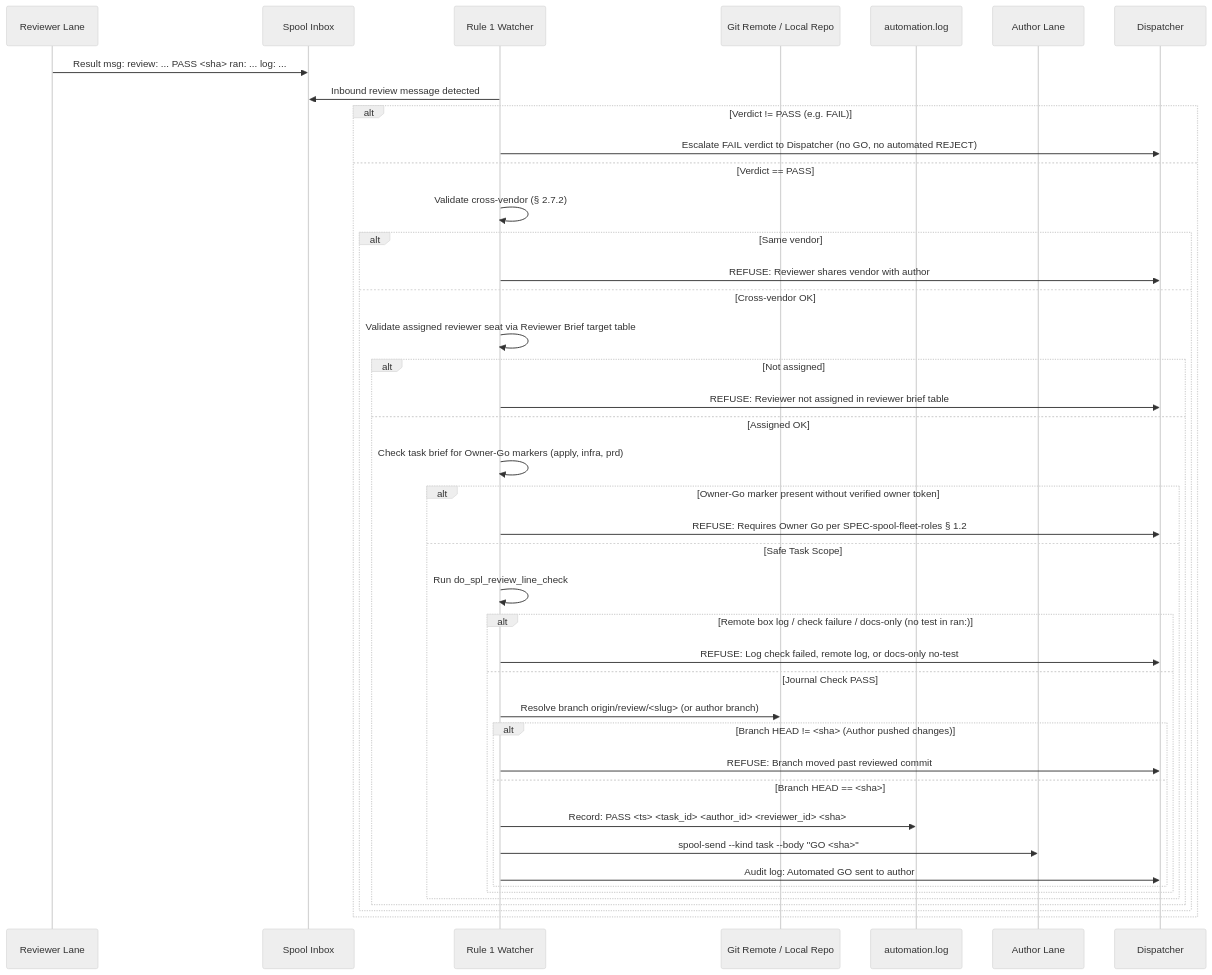
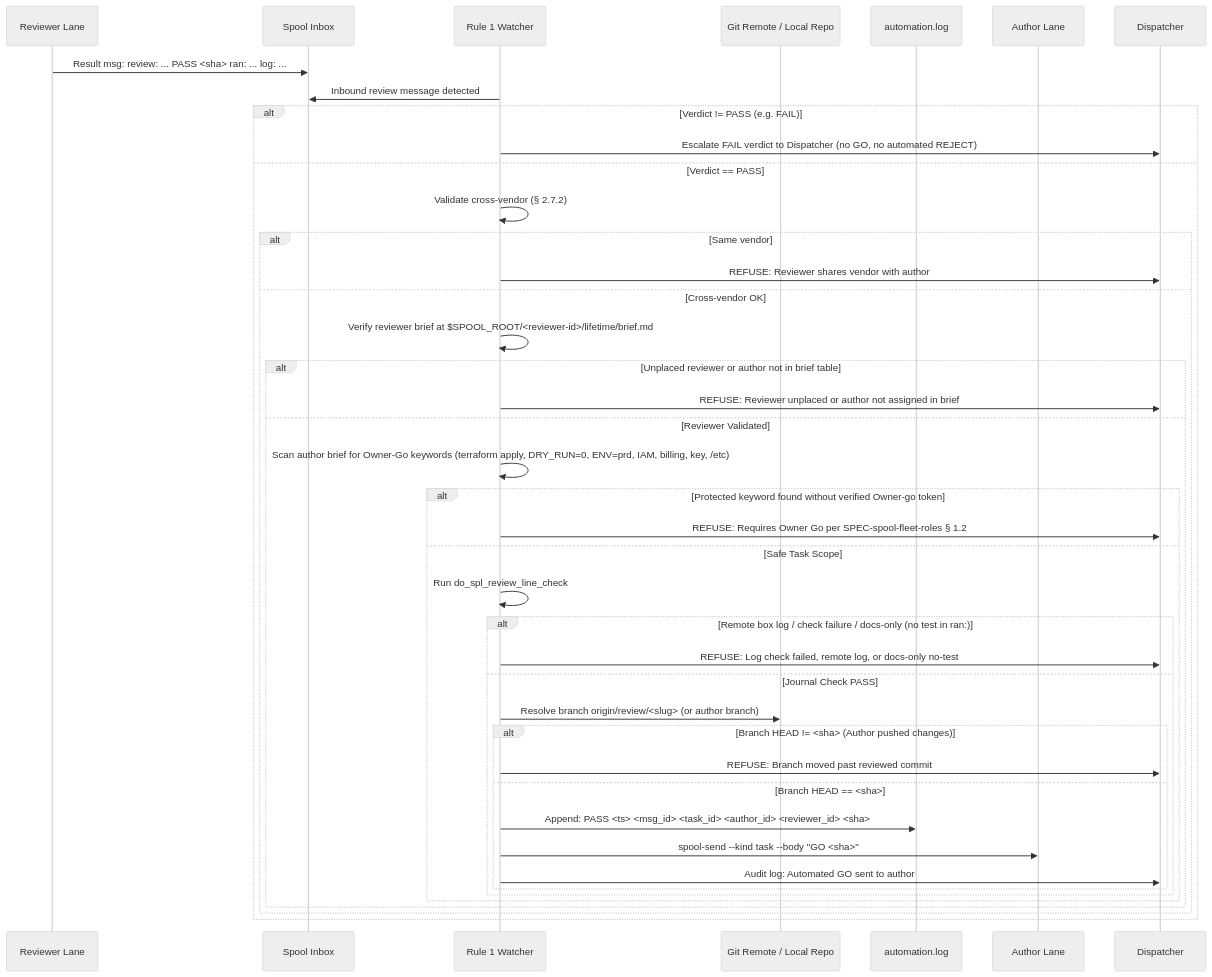
The second of 6 diagrams in csi-spl-doc/specs/157-dispatch-automation/spec.md (csitea/csi-spl), drawn with Mermaid (neutral theme) before and after one commit. The commit also changed other lines of this file, not shown here.

````diff
--- a/csi-spl-doc/specs/157-dispatch-automation/spec.md
+++ b/csi-spl-doc/specs/157-dispatch-automation/spec.md
@@ -112,45 +113,45 @@
 ```mermaid
 sequenceDiagram
     participant R as Reviewer Lane
     participant S as Spool Inbox
     participant W as Rule 1 Watcher
     participant G as Git Remote / Local Repo
     participant L as automation.log
     participant A as Author Lane
     participant D as Dispatcher
 
     R->>S: Result msg: review: ... PASS <sha> ran: ... log: ...
     W->>S: Inbound review message detected
     alt Verdict != PASS (e.g. FAIL)
         W->>D: Escalate FAIL verdict to Dispatcher (no GO, no automated REJECT)
     else Verdict == PASS
         W->>W: Validate cross-vendor (§ 2.7.2)
         alt Same vendor
             W->>D: REFUSE: Reviewer shares vendor with author
         else Cross-vendor OK
-            W->>W: Validate assigned reviewer seat via Reviewer Brief target table
-            alt Not assigned
-                W->>D: REFUSE: Reviewer not assigned in reviewer brief table
-            else Assigned OK
-                W->>W: Check task brief for Owner-Go markers (apply, infra, prd)
-                alt Owner-Go marker present without verified owner token
+            W->>W: Verify reviewer brief at $SPOOL_ROOT/<reviewer-id>/lifetime/brief.md
+            alt Unplaced reviewer or author not in brief table
+                W->>D: REFUSE: Reviewer unplaced or author not assigned in brief
+            else Reviewer Validated
+                W->>W: Scan author brief for Owner-Go keywords (terraform apply, DRY_RUN=0, ENV=prd, IAM, billing, key, /etc)
+                alt Protected keyword found without verified Owner-go token
                     W->>D: REFUSE: Requires Owner Go per SPEC-spool-fleet-roles § 1.2
                 else Safe Task Scope
                     W->>W: Run do_spl_review_line_check
                     alt Remote box log / check failure / docs-only (no test in ran:)
                         W->>D: REFUSE: Log check failed, remote log, or docs-only no-test
                     else Journal Check PASS
                         W->>G: Resolve branch origin/review/<slug> (or author branch)
                         alt Branch HEAD != <sha> (Author pushed changes)
                             W->>D: REFUSE: Branch moved past reviewed commit
                         else Branch HEAD == <sha>
-                            W->>L: Record: PASS <ts> <task_id> <author_id> <reviewer_id> <sha>
+                            W->>L: Append: PASS <ts> <msg_id> <task_id> <author_id> <reviewer_id> <sha>
                             W->>A: spool-send --kind task --body "GO <sha>"
                             W->>D: Audit log: Automated GO sent to author
                         end
                     end
                 end
             end
         end
     end
 ```
````
